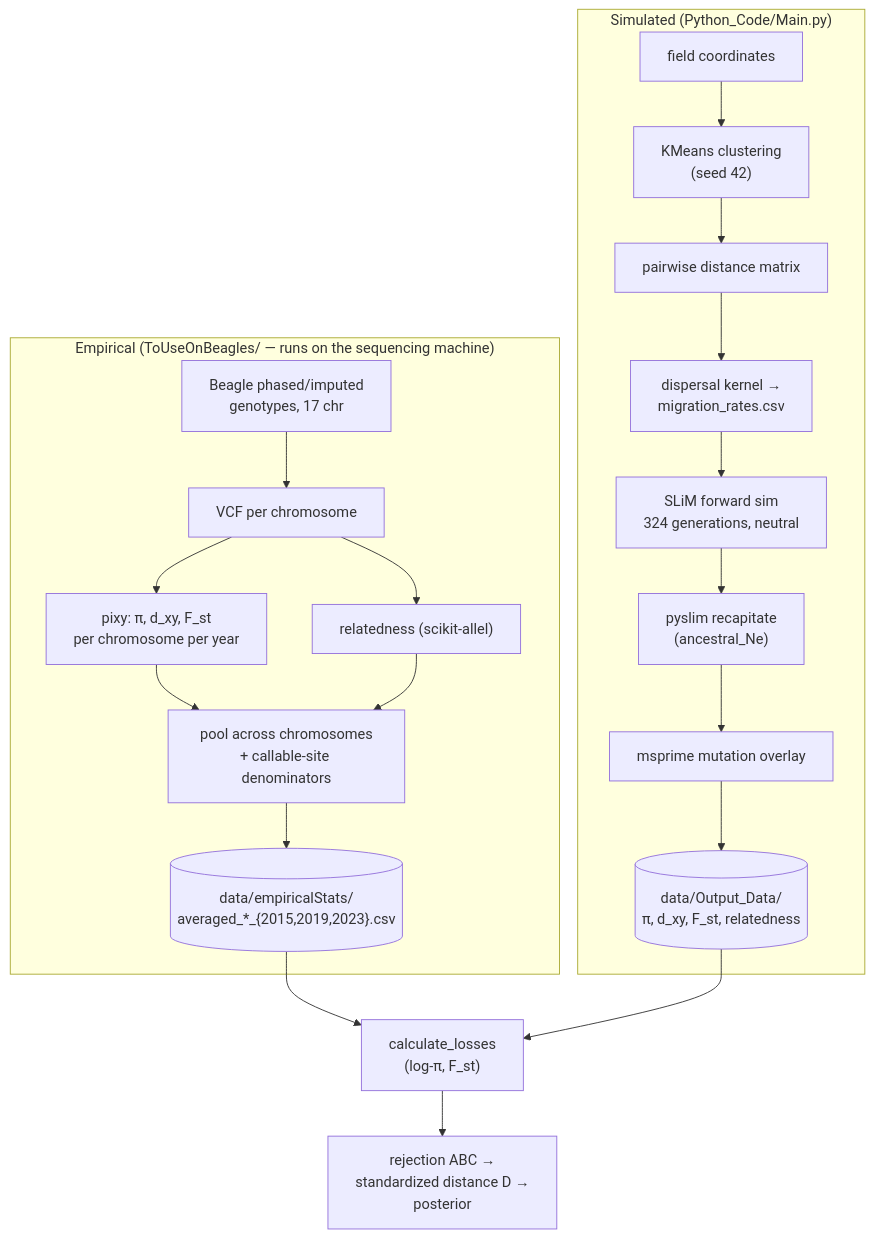
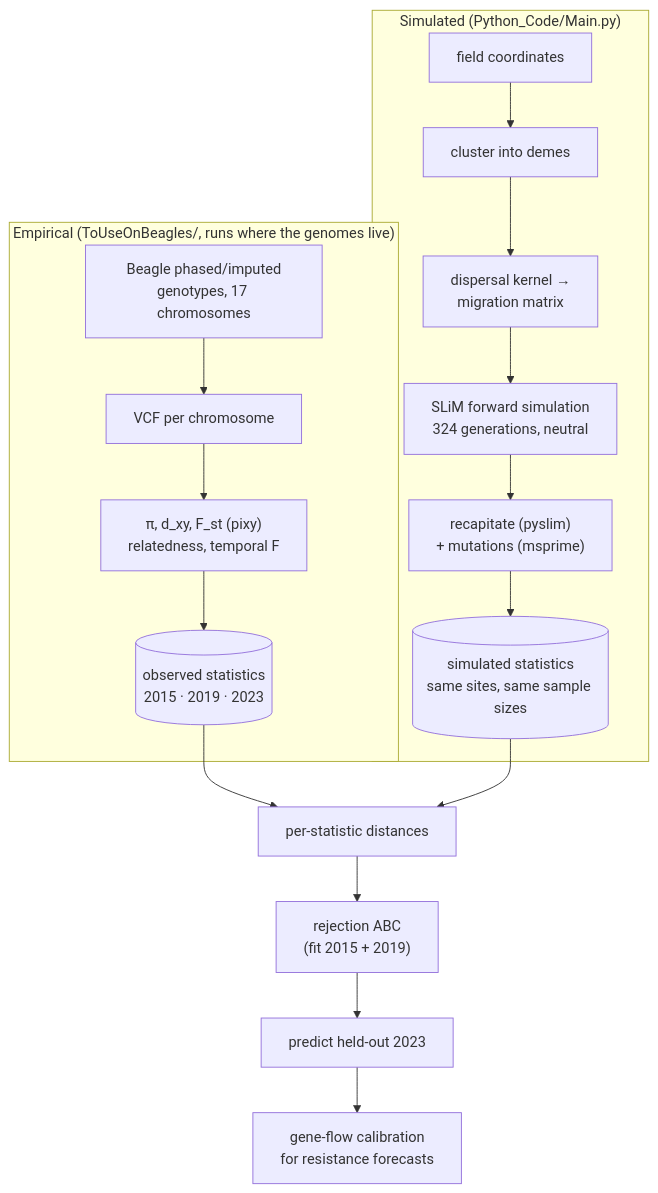
The diagram in README.md (Sohan-All/Spatiotemporal-CPB-Modeling-with-SLiM), drawn with Mermaid before and after one commit. The commit also changed other lines of this file and 8 other files, not shown here.

````diff
--- a/README.md
+++ b/README.md
@@ -46,25 +95,22 @@
 ```mermaid
 flowchart TB
-    subgraph EMP["Empirical (ToUseOnBeagles/ — runs on the sequencing machine)"]
-        B["Beagle phased/imputed<br/>genotypes, 17 chr"] --> V["VCF per chromosome"]
-        V --> P["pixy: π, d_xy, F_st<br/>per chromosome per year"]
-        V --> R["relatedness (scikit-allel)"]
-        P --> A["pool across chromosomes<br/>+ callable-site denominators"]
-        R --> A
-        A --> T[("data/empiricalStats/<br/>averaged_*_{2015,2019,2023}.csv")]
+    subgraph EMP["Empirical (ToUseOnBeagles/, runs where the genomes live)"]
+        B["Beagle phased/imputed<br/>genotypes, 17 chromosomes"] --> V["VCF per chromosome"]
+        V --> P["π, d_xy, F_st (pixy)<br/>relatedness, temporal F"]
+        P --> T[("observed statistics<br/>2015 · 2019 · 2023")]
     end
 
     subgraph SIM["Simulated (Python_Code/Main.py)"]
-        F["field coordinates"] --> K["KMeans clustering<br/>(seed 42)"]
-        K --> D["pairwise distance matrix"]
-        D --> M["dispersal kernel →<br/>migration_rates.csv"]
-        M --> S["SLiM forward sim<br/>324 generations, neutral"]
-        S --> RC["pyslim recapitate<br/>(ancestral_Ne)"]
-        RC --> MU["msprime mutation overlay"]
-        MU --> ST[("data/Output_Data/<br/>π, d_xy, F_st, relatedness")]
+        F["field coordinates"] --> K["cluster into demes"]
+        K --> M["dispersal kernel →<br/>migration matrix"]
+        M --> S["SLiM forward simulation<br/>324 generations, neutral"]
+        S --> RC["recapitate (pyslim)<br/>+ mutations (msprime)"]
+        RC --> ST[("simulated statistics<br/>same sites, same sample sizes")]
     end
 
-    T --> L["calculate_losses<br/>(log-π, F_st)"]
+    T --> L["per-statistic distances"]
     ST --> L
-    L --> ABC["rejection ABC →<br/>standardized distance D →<br/>posterior"]
+    L --> ABC["rejection ABC<br/>(fit 2015 + 2019)"]
+    ABC --> H["predict held-out 2023"]
+    H --> FC["gene-flow calibration<br/>for resistance forecasts"]
 ```
````
